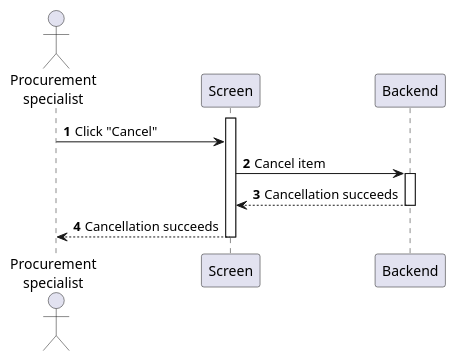
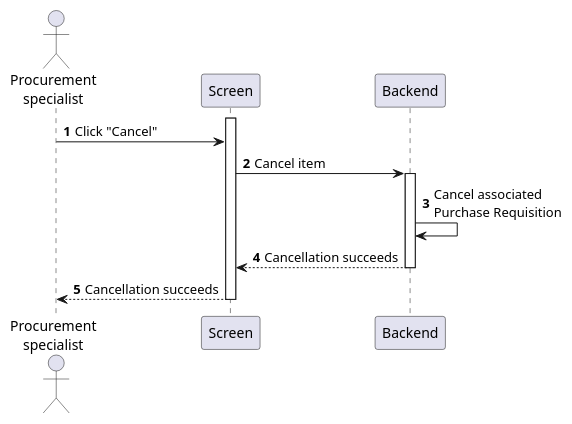
One commit to phihungha/scmss-reqs changed the diagram in sequences/purchase-order-cancel.plantuml. Above: the diagram before and after it, drawn with PlantUML. The commit also changed 5 other files, not shown here.

```diff
--- a/sequences/purchase-order-cancel.plantuml
+++ b/sequences/purchase-order-cancel.plantuml
@@ -1,15 +1,16 @@
 @startuml purchase-order-cancel
 autonumber
 
 actor "Procurement\nspecialist" as a
 participant Screen as f
 participant Backend as b
 
 activate f
 a -> f : Click "Cancel"
 f -> b : Cancel item
 activate b
+b -> b : Cancel associated\nPurchase Requisition
 return Cancellation succeeds
 f --> a : Cancellation succeeds
 deactivate f
 @enduml
```
